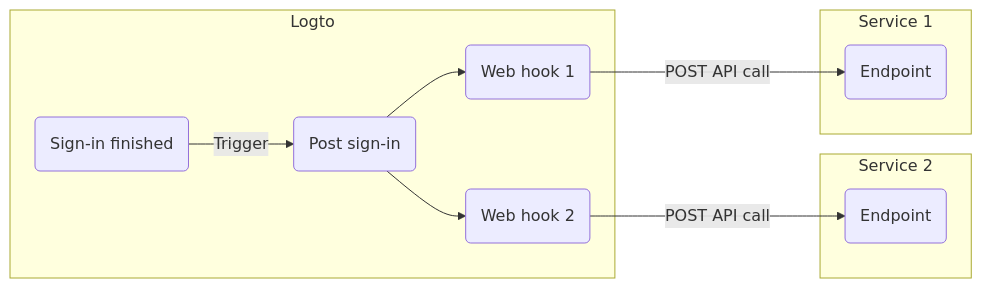
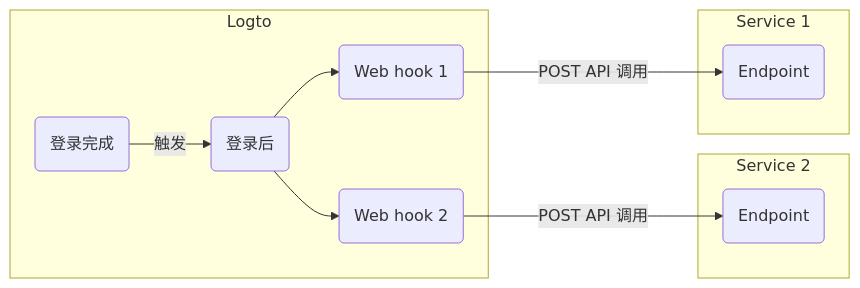
Before and after one commit to logto-io/docs: the diagram in i18n/zh-CN/docusaurus-plugin-content-docs/current/developers/webhooks/README.mdx, drawn with Mermaid. The commit also changed other lines of this file and 449 other files, not shown here.

````diff
--- a/i18n/zh-CN/docusaurus-plugin-content-docs/current/developers/webhooks/README.mdx
+++ b/i18n/zh-CN/docusaurus-plugin-content-docs/current/developers/webhooks/README.mdx
@@ -36,24 +36,24 @@
 ```mermaid
 graph LR
   subgraph Logto
-    SF(Sign-in finished)
-    PS(Post sign-in)
+    SF(登录完成)
+    PS(登录后)
     WH2(Web hook 2)
     WH1(Web hook 1)
   end
 
   subgraph Service 2
     E2(Endpoint)
   end
 
   subgraph Service 1
     E1(Endpoint)
   end
 
-  SF -->|Trigger| PS
+  SF -->|触发| PS
   PS --> WH1
   PS --> WH2
-  WH1 --->|POST API call| E1
-  WH2 --->|POST API call| E2
+  WH1 --->|POST API 调用| E1
+  WH2 --->|POST API 调用| E2
 
 ```
````
